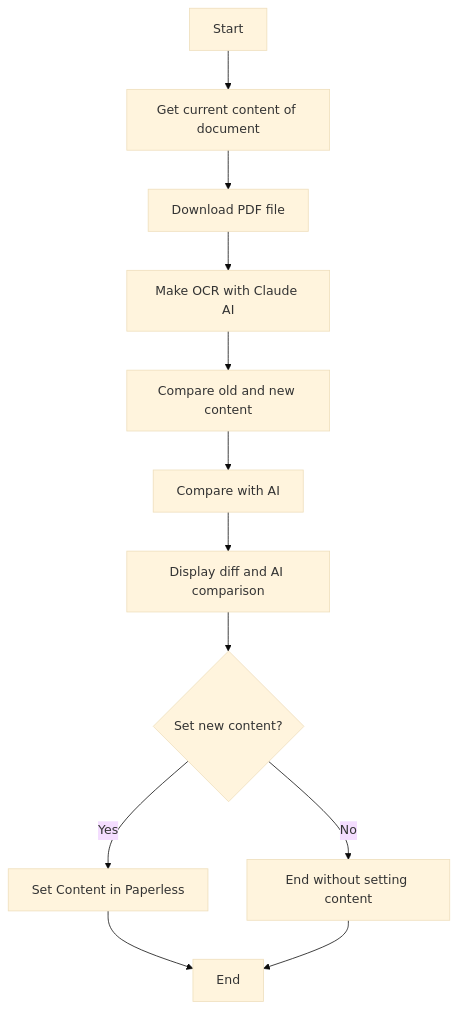
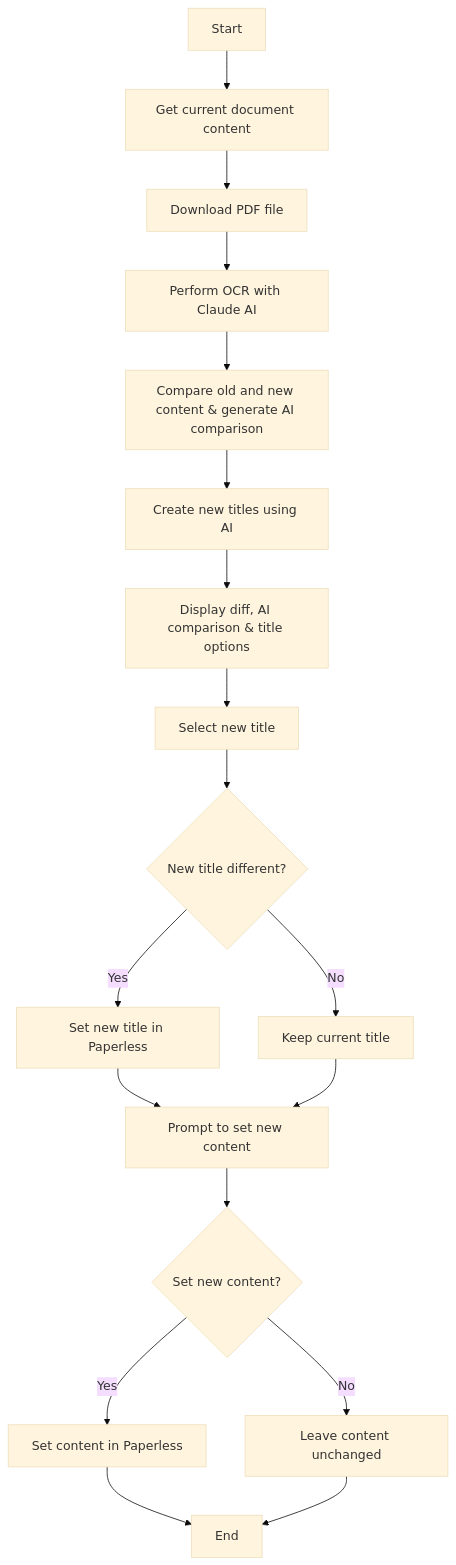
One commit to dhcgn/anthropic-paperless-ngx-ocr changed the diagram in README.md. Above: the diagram before and after it, drawn with Mermaid (base theme).

Commit message:
Update README with improved flowchart for document processing; clarify steps for OCR, title generation, and content setting

````diff
--- a/README.md
+++ b/README.md
@@ -40,14 +40,21 @@
 ```mermaid
 graph TD
-    A[Start] --> B[Get current content of document]
+    A[Start] --> B[Get current document content]
     B --> C[Download PDF file]
-    C --> D[Make OCR with Claude AI]
-    D --> E[Compare old and new content]
-    E --> F[Compare with AI]
-    F --> G[Display diff and AI comparison]
-    G --> H{Set new content?}
-    H -->|Yes| I[Set Content in Paperless]
-    H -->|No| J[End without setting content]
-    I --> K[End]
-    J --> K
+    C --> D[Perform OCR with Claude AI]
+    D --> E[Compare old and new content & generate AI comparison]
+    E --> F[Create new titles using AI]
+    F --> G[Display diff, AI comparison & title options]
+    G --> H[Select new title]
+    H --> I{New title different?}
+    I -- Yes --> J[Set new title in Paperless]
+    I -- No --> K[Keep current title]
+    J --> L[Prompt to set new content]
+    K --> L
+    L --> M{Set new content?}
+    M -- Yes --> N[Set content in Paperless]
+    M -- No --> O[Leave content unchanged]
+    N --> P[End]
+    O --> P
+
 ```
````
